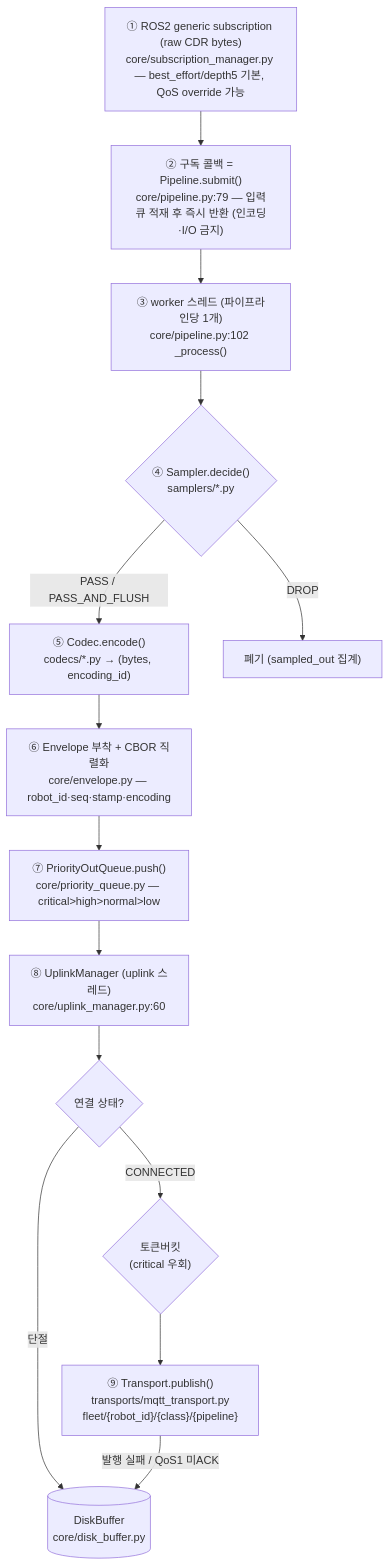
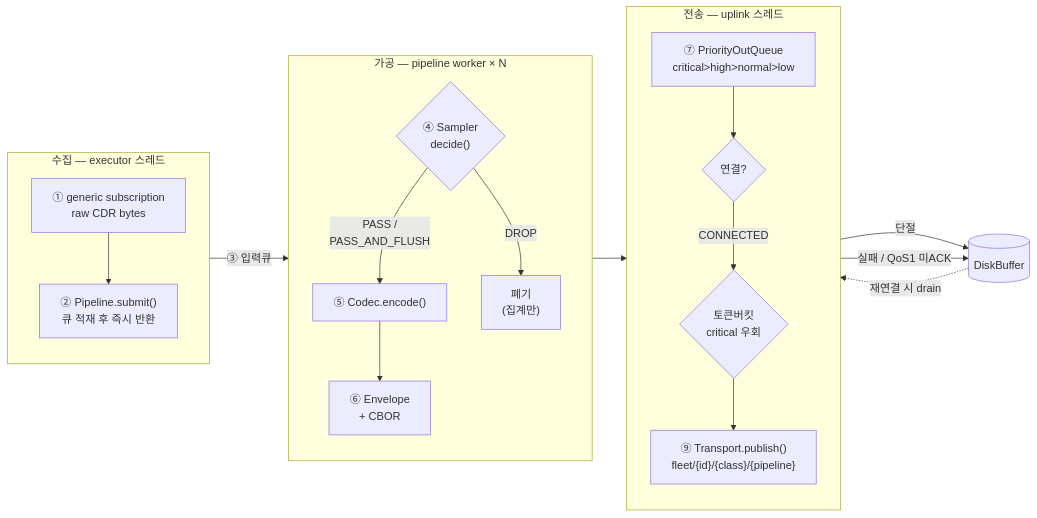
One commit to DCUSnSLab/SCV_Agent changed the second of 4 diagrams in docs/07_데이터흐름.md. Above: the diagram before and after it, drawn with Mermaid. The commit also changed other lines of this file and 3 other files, not shown here.

````diff
--- a/docs/07_데이터흐름.md
+++ b/docs/07_데이터흐름.md
@@ -48,21 +64,24 @@
 ```mermaid
-flowchart TB
-    A["① ROS2 generic subscription (raw CDR bytes)<br/>core/subscription_manager.py — best_effort/depth5 기본, QoS override 가능"]
-    B["② 구독 콜백 = Pipeline.submit()<br/>core/pipeline.py:79 — 입력큐 적재 후 즉시 반환 (인코딩·I/O 금지)"]
-    C["③ worker 스레드 (파이프라인당 1개)<br/>core/pipeline.py:102 _process()"]
-    D{"④ Sampler.decide()<br/>samplers/*.py"}
-    E["⑤ Codec.encode()<br/>codecs/*.py → (bytes, encoding_id)"]
-    F["⑥ Envelope 부착 + CBOR 직렬화<br/>core/envelope.py — robot_id·seq·stamp·encoding"]
-    G["⑦ PriorityOutQueue.push()<br/>core/priority_queue.py — critical>high>normal>low"]
-    H["⑧ UplinkManager (uplink 스레드)<br/>core/uplink_manager.py:60"]
-    I{"연결 상태?"}
-    J{"토큰버킷<br/>(critical 우회)"}
-    K["⑨ Transport.publish()<br/>transports/mqtt_transport.py<br/>fleet/{robot_id}/{class}/{pipeline}"]
-    L[("DiskBuffer<br/>core/disk_buffer.py")]
-    A --> B --> C --> D
-    D -- PASS / PASS_AND_FLUSH --> E --> F --> G --> H --> I
-    D -- DROP --> X1["폐기 (sampled_out 집계)"]
-    I -- CONNECTED --> J --> K
-    I -- 단절 --> L
-    K -- "발행 실패 / QoS1 미ACK" --> L
+flowchart LR
+    subgraph S1["수집 — executor 스레드"]
+        direction TB
+        A["① generic subscription<br/>raw CDR bytes"] --> B["② Pipeline.submit()<br/>큐 적재 후 즉시 반환"]
+    end
+    subgraph S2["가공 — pipeline worker × N"]
+        direction TB
+        D{"④ Sampler<br/>decide()"} -- "PASS /<br/>PASS_AND_FLUSH" --> E["⑤ Codec.encode()"]
+        D -- DROP --> X1["폐기<br/>(집계만)"]
+        E --> F["⑥ Envelope<br/>+ CBOR"]
+    end
+    subgraph S3["전송 — uplink 스레드"]
+        direction TB
+        G["⑦ PriorityOutQueue<br/>critical>high>normal>low"] --> I{"연결?"}
+        I -- CONNECTED --> J{"토큰버킷<br/>critical 우회"}
+        J --> K["⑨ Transport.publish()<br/>fleet/{id}/{class}/{pipeline}"]
+    end
+    B -- "③ 입력큐" --> D
+    F --> G
+    I -- 단절 --> L[("DiskBuffer")]
+    K -- "실패 / QoS1 미ACK" --> L
+    L -. "재연결 시 drain" .-> K
 ```
````
